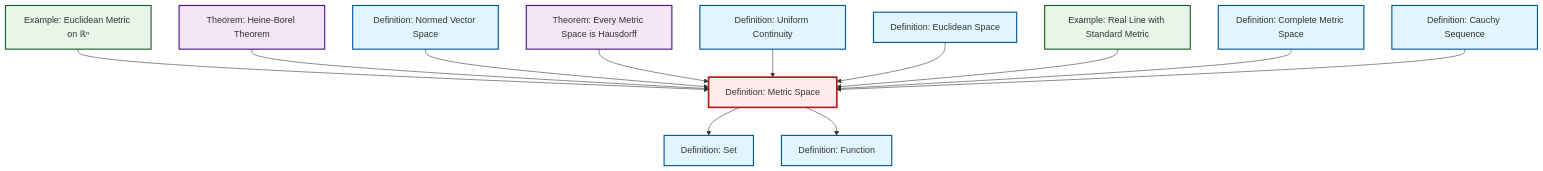
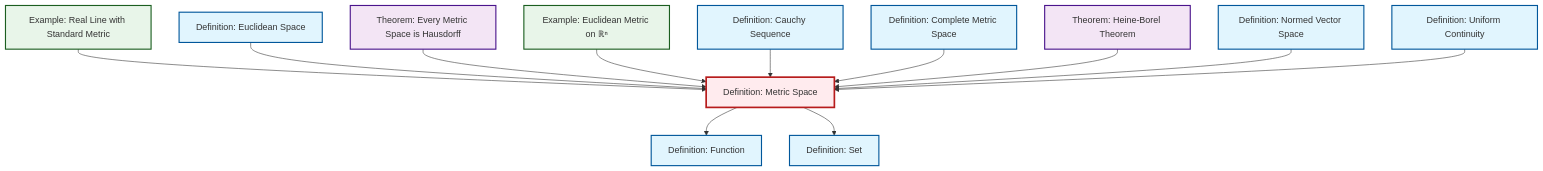
Before and after one commit to RK0429/ModernMath: the diagram in content/en/analysis/def-metric-space.qmd, drawn with Mermaid. The commit also changed other lines of this file and 634 other files, not shown here.

````diff
--- a/content/en/analysis/def-metric-space.qmd
+++ b/content/en/analysis/def-metric-space.qmd
@@ -51,44 +51,44 @@
 ```{mermaid}
 %%| fig-cap: "Local dependency graph"
 graph TD
     classDef definition fill:#e1f5fe,stroke:#01579b,stroke-width:2px
     classDef theorem fill:#f3e5f5,stroke:#4a148c,stroke-width:2px
     classDef axiom fill:#fff3e0,stroke:#e65100,stroke-width:2px
     classDef example fill:#e8f5e9,stroke:#1b5e20,stroke-width:2px
     classDef current fill:#ffebee,stroke:#b71c1c,stroke-width:3px
+    def-euclidean-space["Definition: Euclidean Space"]:::definition
+    thm-metric-hausdorff["Theorem: Every Metric Space is Hausdorff"]:::theorem
+    ex-real-line-metric["Example: Real Line with Standard Metric"]:::example
+    thm-heine-borel["Theorem: Heine-Borel Theorem"]:::theorem
+    def-cauchy-sequence["Definition: Cauchy Sequence"]:::definition
+    def-function["Definition: Function"]:::definition
     def-metric-space["Definition: Metric Space"]:::definition
+    def-uniform-continuity["Definition: Uniform Continuity"]:::definition
     def-complete-metric-space["Definition: Complete Metric Space"]:::definition
     def-set["Definition: Set"]:::definition
-    thm-metric-hausdorff["Theorem: Every Metric Space is Hausdorff"]:::theorem
-    ex-real-line-metric["Example: Real Line with Standard Metric"]:::example
-    def-cauchy-sequence["Definition: Cauchy Sequence"]:::definition
-    def-uniform-continuity["Definition: Uniform Continuity"]:::definition
     ex-euclidean-metric["Example: Euclidean Metric on ℝⁿ"]:::example
-    def-euclidean-space["Definition: Euclidean Space"]:::definition
     def-normed-vector-space["Definition: Normed Vector Space"]:::definition
-    thm-heine-borel["Theorem: Heine-Borel Theorem"]:::theorem
-    def-function["Definition: Function"]:::definition
-    def-metric-space --> def-set
+    def-metric-space --> def-function
+    ex-real-line-metric --> def-metric-space
+    def-euclidean-space --> def-metric-space
+    thm-metric-hausdorff --> def-metric-space
     ex-euclidean-metric --> def-metric-space
-    def-metric-space --> def-function
+    def-cauchy-sequence --> def-metric-space
+    def-complete-metric-space --> def-metric-space
     thm-heine-borel --> def-metric-space
     def-normed-vector-space --> def-metric-space
-    thm-metric-hausdorff --> def-metric-space
+    def-metric-space --> def-set
     def-uniform-continuity --> def-metric-space
-    def-euclidean-space --> def-metric-space
-    ex-real-line-metric --> def-metric-space
-    def-complete-metric-space --> def-metric-space
-    def-cauchy-sequence --> def-metric-space
     class def-metric-space current
+    click def-euclidean-space "def-euclidean-space.html" "Go to Euclidean Space definition"
+    click thm-metric-hausdorff "thm-metric-hausdorff.html" "Go to Every Metric Space is Hausdorff theorem"
+    click ex-real-line-metric "ex-real-line-metric.html" "Go to Real Line with Standard Metric example"
+    click thm-heine-borel "thm-heine-borel.html" "Go to Heine-Borel Theorem theorem"
+    click def-cauchy-sequence "def-cauchy-sequence.html" "Go to Cauchy Sequence definition"
+    click def-function "def-function.html" "Go to Function definition"
+    click def-uniform-continuity "def-uniform-continuity.html" "Go to Uniform Continuity definition"
     click def-complete-metric-space "def-complete-metric-space.html" "Go to Complete Metric Space definition"
     click def-set "def-set.html" "Go to Set definition"
-    click thm-metric-hausdorff "thm-metric-hausdorff.html" "Go to Every Metric Space is Hausdorff theorem"
-    click ex-real-line-metric "ex-real-line-metric.html" "Go to Real Line with Standard Metric example"
-    click def-cauchy-sequence "def-cauchy-sequence.html" "Go to Cauchy Sequence definition"
-    click def-uniform-continuity "def-uniform-continuity.html" "Go to Uniform Continuity definition"
     click ex-euclidean-metric "ex-euclidean-metric.html" "Go to Euclidean Metric on ℝⁿ example"
-    click def-euclidean-space "def-euclidean-space.html" "Go to Euclidean Space definition"
     click def-normed-vector-space "def-normed-vector-space.html" "Go to Normed Vector Space definition"
-    click thm-heine-borel "thm-heine-borel.html" "Go to Heine-Borel Theorem theorem"
-    click def-function "def-function.html" "Go to Function definition"
 ```
````
